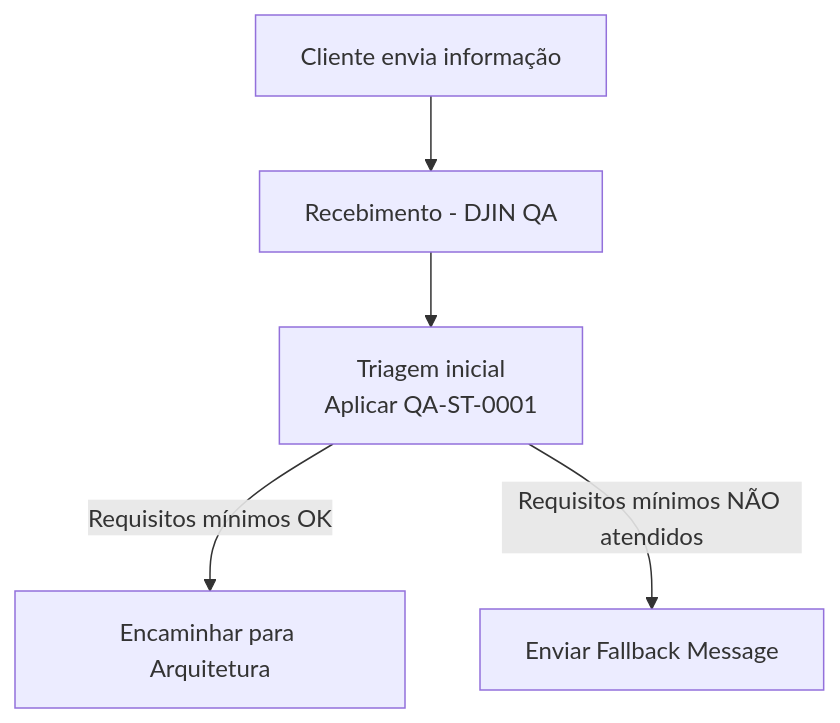
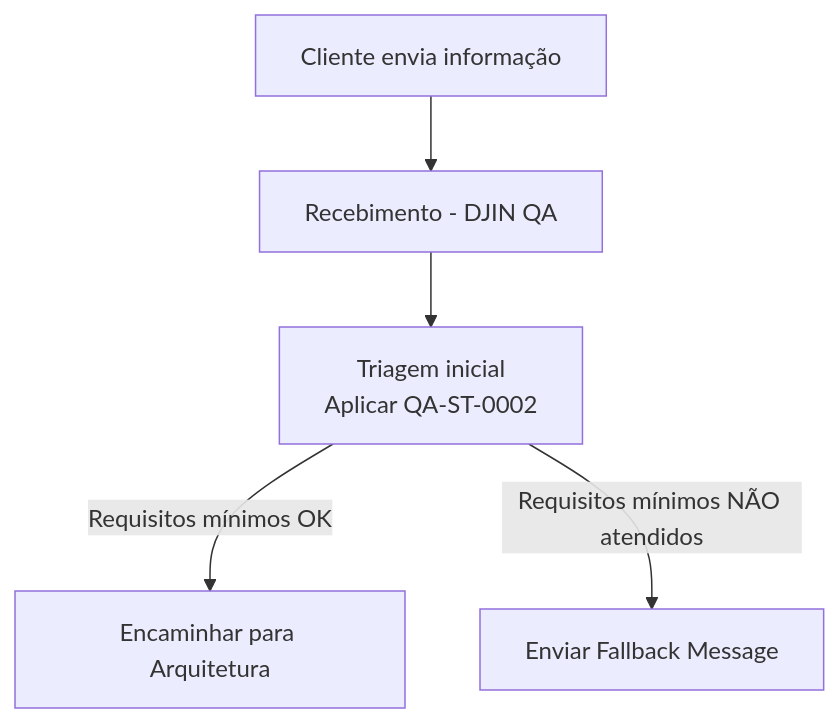
Before and after one commit to dtechmaster/djin-work: the second of 2 diagrams in processes/pt-BR/QA/QA-P-0001.md, drawn with Mermaid. The commit also changed other lines of this file and 1 other file, not shown here.

````diff
--- a/processes/pt-BR/QA/QA-P-0001.md
+++ b/processes/pt-BR/QA/QA-P-0001.md
@@ -41,12 +41,12 @@
 ```mermaid
 flowchart TD
 
     A["Cliente envia informação"] --> B["Recebimento - DJIN QA"]
 
     B --> C["Triagem inicial
-Aplicar QA-ST-0001"]
+Aplicar QA-ST-0002"]
 
     C -->|Requisitos mínimos OK| D["Encaminhar para Arquitetura"]
     C -->|Requisitos mínimos NÃO atendidos| E["Enviar Fallback Message"]
     
 ```
````
